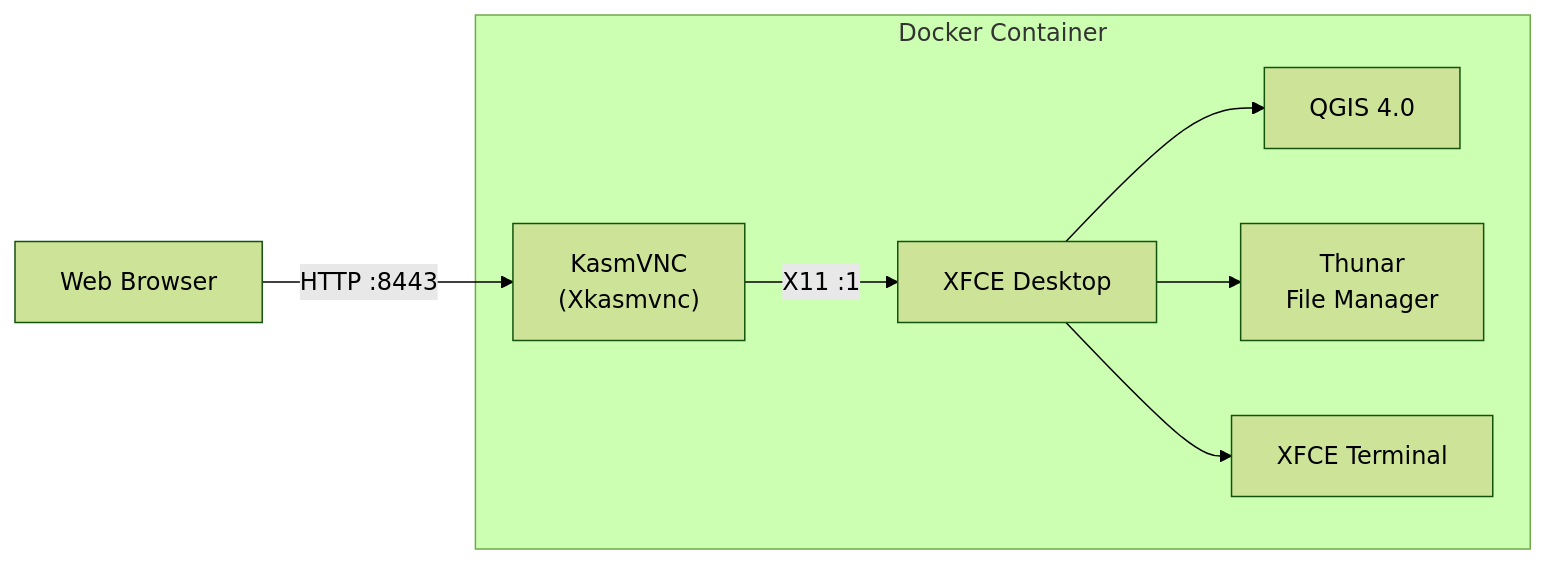
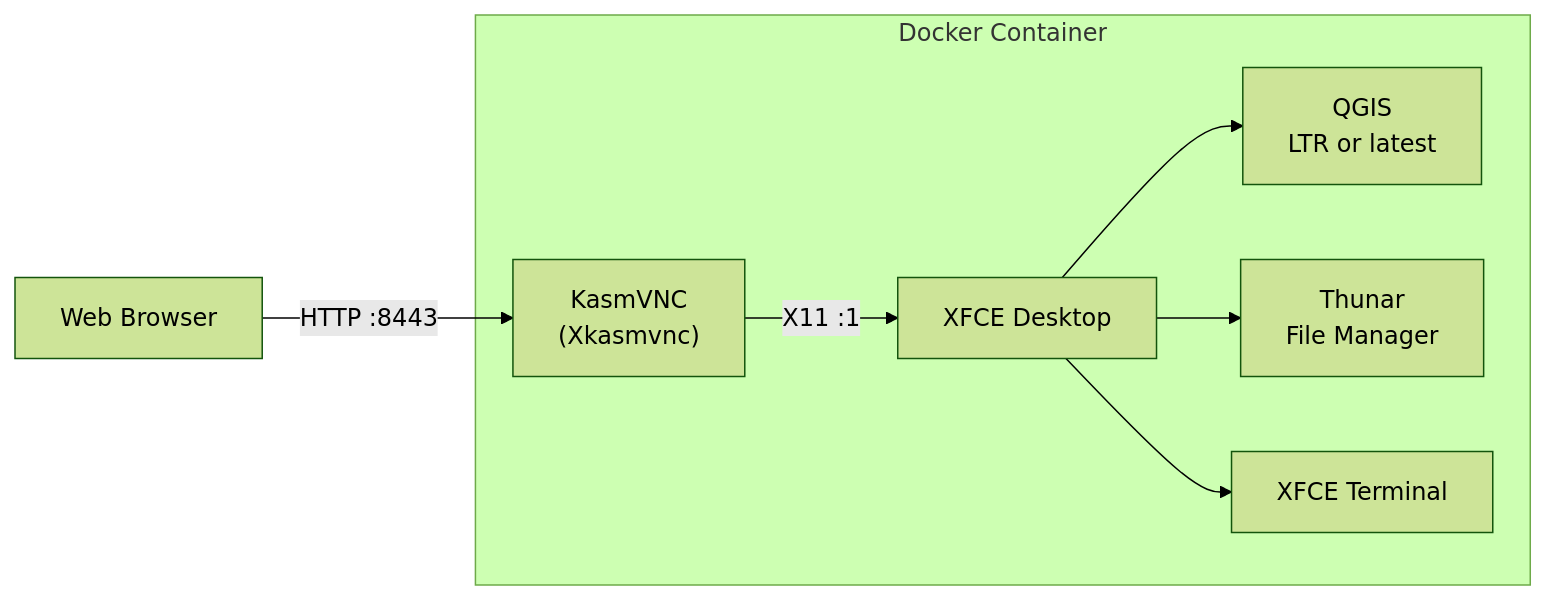
One commit to kartoza/qgis-desktop-docker changed the diagram in README.md. Above: the diagram before and after it, drawn with Mermaid (forest theme). The commit also changed other lines of this file and 37 other files, not shown here.

First line of the commit message:
feat!: QGIS_DESKTOP_ prefix, and LTR/latest QGIS channels

````diff
--- a/README.md
+++ b/README.md
@@ -290,16 +344,16 @@
 ```mermaid
 graph LR
     Browser["Web Browser"] -->|HTTP :8443| KasmVNC["KasmVNC<br/>(Xkasmvnc)"]
     KasmVNC -->|X11 :1| XFCE["XFCE Desktop"]
-    XFCE --> QGIS["QGIS 4.0"]
+    XFCE --> QGIS["QGIS<br/>LTR or latest"]
     XFCE --> Thunar["Thunar<br/>File Manager"]
     XFCE --> Terminal["XFCE Terminal"]
 
     subgraph Docker Container
         KasmVNC
         XFCE
         QGIS
         Thunar
         Terminal
     end
 ```
````
